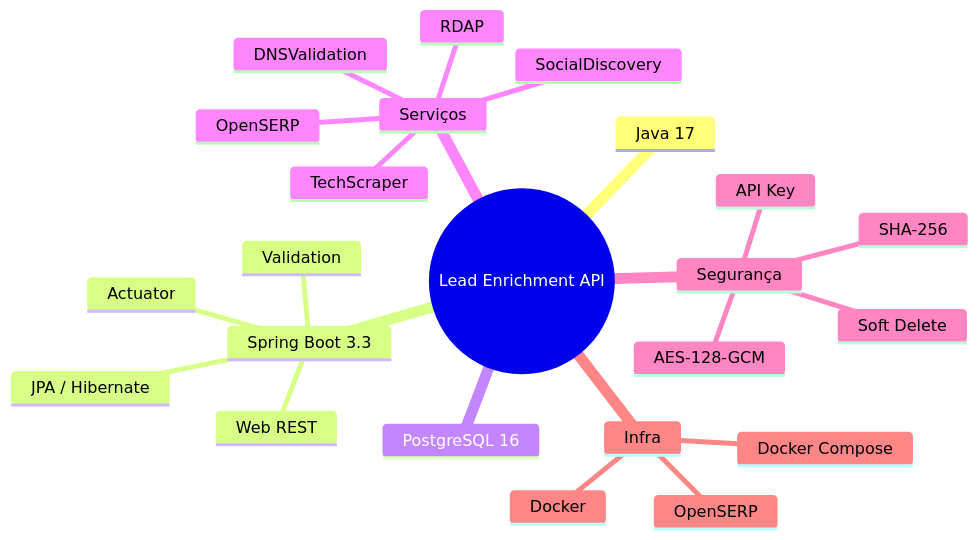
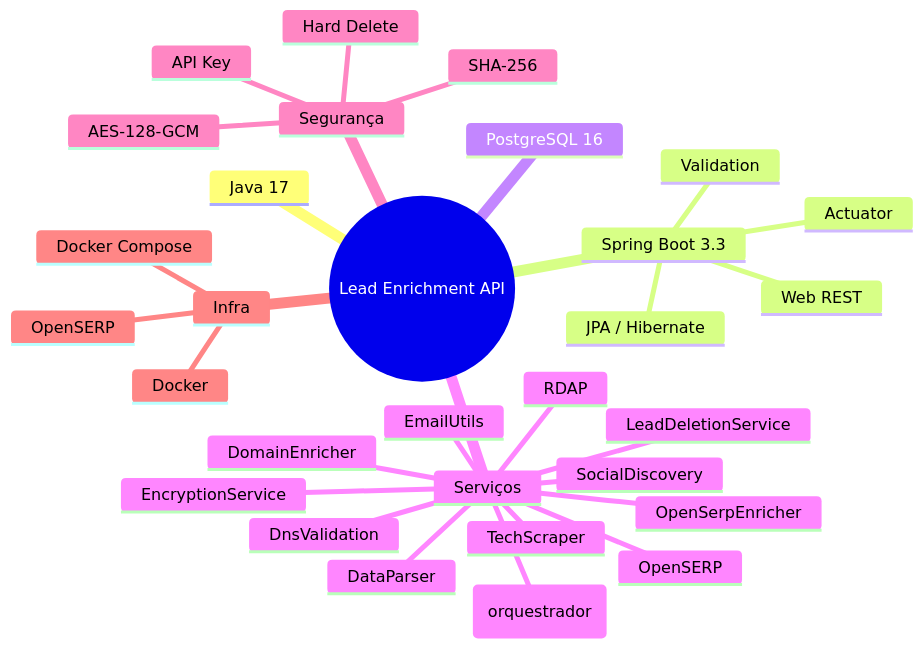
The diagram in README.md (pdrodavi/lead-enrichment-api), drawn with Mermaid before and after one commit. The commit also changed other lines of this file and 40 other files, not shown here.

````diff
--- a/README.md
+++ b/README.md
@@ -79,26 +84,33 @@
 ```mermaid
 mindmap
   root((Lead Enrichment API))
     Java 17
     Spring Boot 3.3
       Web REST
       JPA / Hibernate
       Actuator
       Validation
     PostgreSQL 16
     Serviços
-      DNSValidation
+      LeadService (orquestrador)
+      OpenSerpEnricher
+      DomainEnricher
+      LeadDeletionService
+      EncryptionService
+      DnsValidation
       TechScraper
       SocialDiscovery
       RDAP
       OpenSERP
+      DataParser
+      EmailUtils
     Segurança
       AES-128-GCM
       SHA-256
       API Key
-      Soft Delete
+      Hard Delete
     Infra
       Docker
       Docker Compose
       OpenSERP
 ```
````
